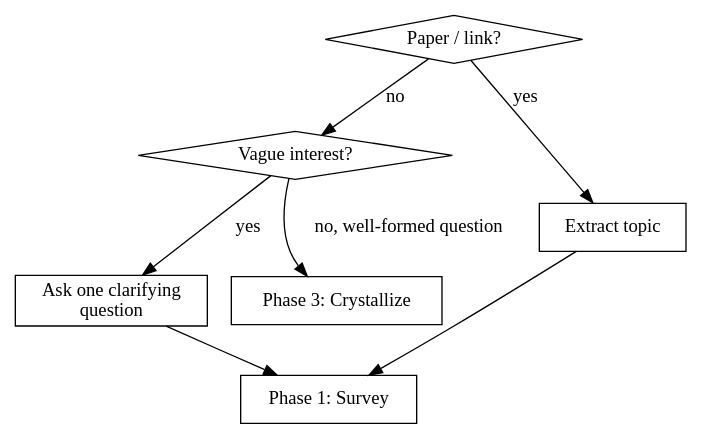
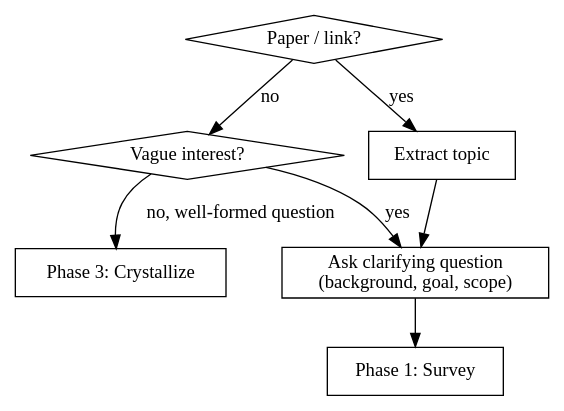
Before and after one commit to QuantumBFS/sci-brain: the first of 2 diagrams in skills/sci-brainstorm/SKILL.md, drawn with Graphviz. The commit also changed other lines of this file, not shown here.

First line of the commit message:
Add clarification questions, PDF collection, and survey reports

````diff
--- a/skills/sci-brainstorm/SKILL.md
+++ b/skills/sci-brainstorm/SKILL.md
@@ -12,17 +14,17 @@
 ```dot
 digraph {
     "Paper / link?" [shape=diamond];
     "Vague interest?" [shape=diamond];
     "Extract topic" [shape=box];
-    "Ask one clarifying\nquestion" [shape=box];
+    "Ask clarifying question\n(background, goal, scope)" [shape=box];
     "Phase 1: Survey" [shape=box];
     "Phase 3: Crystallize" [shape=box];
 
     "Paper / link?" -> "Extract topic" [label="yes"];
     "Paper / link?" -> "Vague interest?" [label="no"];
-    "Extract topic" -> "Phase 1: Survey";
-    "Vague interest?" -> "Ask one clarifying\nquestion" [label="yes"];
+    "Extract topic" -> "Ask clarifying question\n(background, goal, scope)";
+    "Ask clarifying question\n(background, goal, scope)" -> "Phase 1: Survey";
+    "Vague interest?" -> "Ask clarifying question\n(background, goal, scope)" [label="yes"];
     "Vague interest?" -> "Phase 3: Crystallize" [label="no, well-formed question"];
-    "Ask one clarifying\nquestion" -> "Phase 1: Survey";
 }
 ```
````
